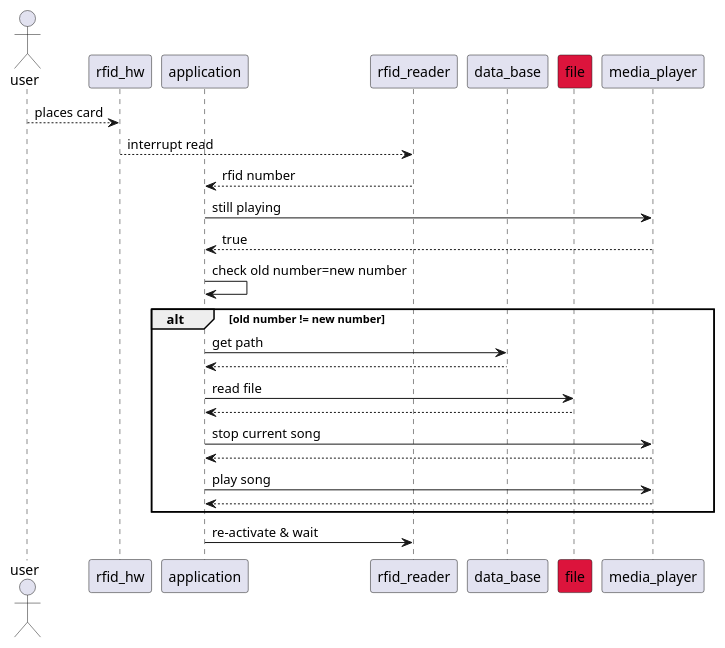
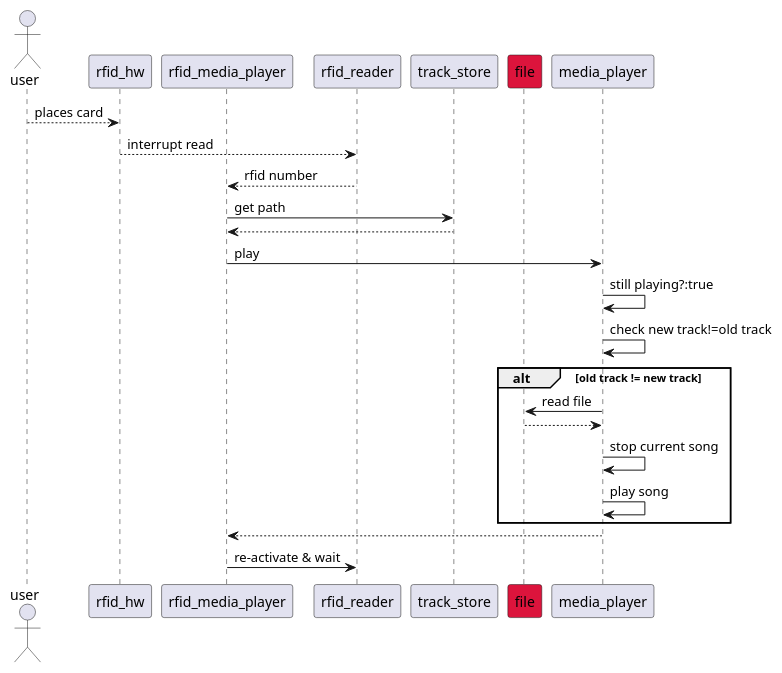
Before and after one commit to rusty-octopus/rfid_media_player: the third of 3 diagrams in Readme.md, drawn with PlantUML. The commit also changed other lines of this file and 9 other files, not shown here.

Commit message:
Documentation of workspace & rfid_media_player.

````diff
--- a/Readme.md
+++ b/Readme.md
@@ -88,27 +104,26 @@
 ```plantuml
 actor user
 participant rfid_hw
-participant application
+participant rfid_media_player
 participant rfid_reader
-participant data_base
+participant track_store
 participant file #Crimson
 participant media_player
 
 user --> rfid_hw: places card
 rfid_hw --> rfid_reader: interrupt read
-rfid_reader --> application: rfid number
-application -> media_player: still playing
-media_player --> application: true
-application -> application: check old number=new number
-alt old number != new number
-  application -> data_base: get path
-  data_base --> application
-  application -> file: read file
-  file --> application
-  application -> media_player: stop current song
-  media_player --> application
-  application -> media_player: play song
-  media_player --> application
+rfid_reader --> rfid_media_player: rfid number
+rfid_media_player -> track_store: get path
+track_store --> rfid_media_player
+rfid_media_player -> media_player: play
+media_player -> media_player: still playing?:true
+media_player -> media_player: check new track!=old track
+alt old track != new track
+  media_player -> file: read file
+  file --> media_player
+  media_player -> media_player: stop current song
+  media_player -> media_player: play song
 end
-application -> rfid_reader: re-activate & wait
+media_player --> rfid_media_player
+rfid_media_player -> rfid_reader: re-activate & wait
 ```
````
